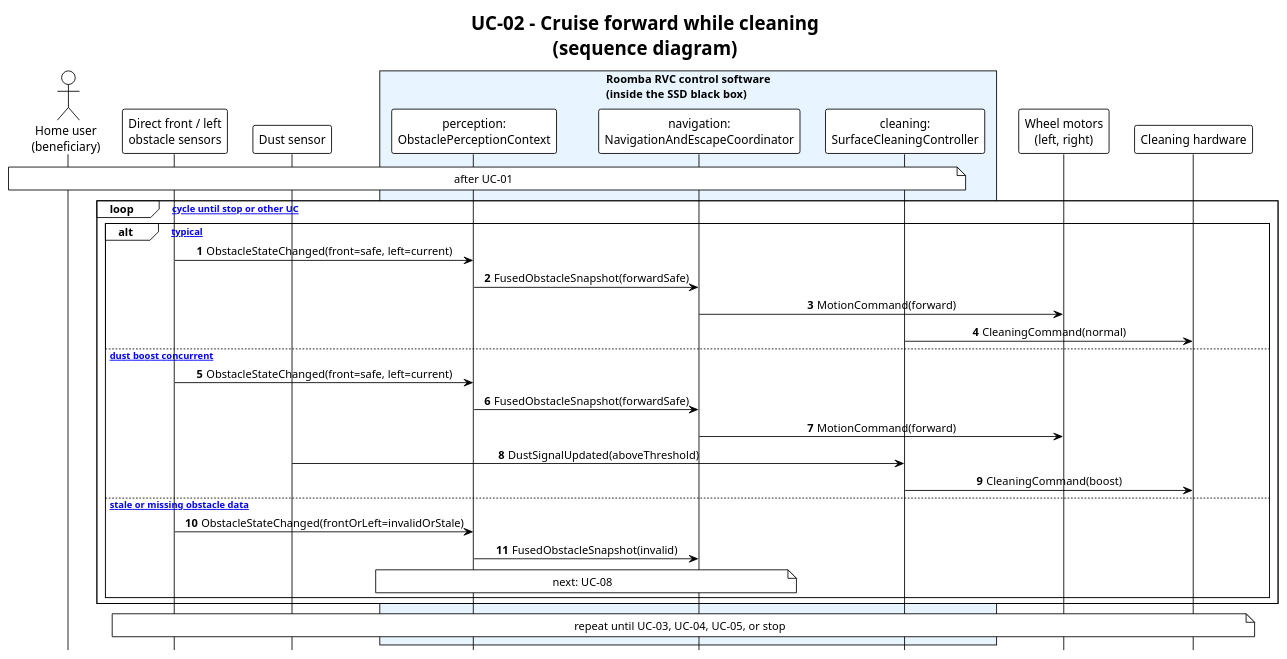
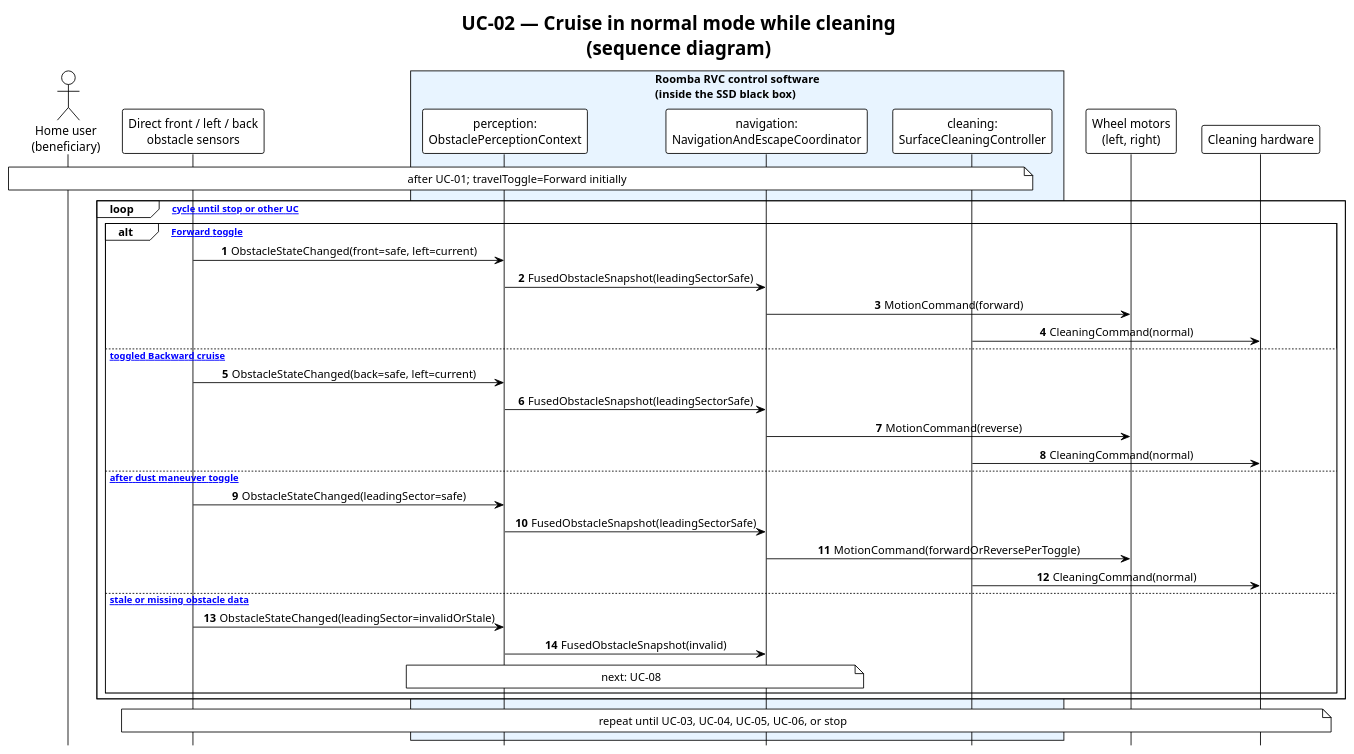
Before and after one commit to Deilise/OOAD-with-AI: the diagram in 2nd ooad/03_diagrams/sd/UC02_sequence.puml, drawn with PlantUML. The commit also changed 101 other files, not shown here.

First line of the commit message:
Align RVC stack to SRS/use-case v0.7.2 (travelToggle, back sensor, dust maneuver).

```diff
--- a/2nd ooad/03_diagrams/sd/UC02_sequence.puml
+++ b/2nd ooad/03_diagrams/sd/UC02_sequence.puml
@@ -1,45 +1,48 @@
 @startuml UC02_sequence
 !theme plain
 hide footbox
 skinparam sequenceMessageAlign center
 skinparam responseMessageBelowArrow true
 skinparam BoxPadding 10
 autonumber
 
-title UC-02 - Cruise forward while cleaning\n(sequence diagram)
+title UC-02 — Cruise in normal mode while cleaning\n(sequence diagram)
 
 actor "Home user\n(beneficiary)" as User
-participant "Direct front / left\nobstacle sensors" as Obs
-participant "Dust sensor" as Dust
+participant "Direct front / left / back\nobstacle sensors" as Obs
 box "Roomba RVC control software\n(inside the SSD black box)" #E8F4FF
   participant "perception:\nObstaclePerceptionContext" as Perception
   participant "navigation:\nNavigationAndEscapeCoordinator" as Nav
   participant "cleaning:\nSurfaceCleaningController" as Clean
 end box
 participant "Wheel motors\n(left, right)" as Motors
 participant "Cleaning hardware" as CleanHW
 
-note over User, Clean : after UC-01
+note over User, Clean : after UC-01; travelToggle=Forward initially
 
 loop [cruise cycle until stop or other UC]
-  alt [typical]
+  alt [typical Forward toggle]
     Obs -> Perception : ObstacleStateChanged(front=safe, left=current)
-    Perception -> Nav : FusedObstacleSnapshot(forwardSafe)
+    Perception -> Nav : FusedObstacleSnapshot(leadingSectorSafe)
     Nav -> Motors : MotionCommand(forward)
     Clean -> CleanHW : CleaningCommand(normal)
-  else [A1 dust boost concurrent]
-    Obs -> Perception : ObstacleStateChanged(front=safe, left=current)
-    Perception -> Nav : FusedObstacleSnapshot(forwardSafe)
-    Nav -> Motors : MotionCommand(forward)
-    Dust -> Clean : DustSignalUpdated(aboveThreshold)
-    Clean -> CleanHW : CleaningCommand(boost)
+  else [A1 toggled Backward cruise]
+    Obs -> Perception : ObstacleStateChanged(back=safe, left=current)
+    Perception -> Nav : FusedObstacleSnapshot(leadingSectorSafe)
+    Nav -> Motors : MotionCommand(reverse)
+    Clean -> CleanHW : CleaningCommand(normal)
+  else [A2 after dust maneuver toggle]
+    Obs -> Perception : ObstacleStateChanged(leadingSector=safe)
+    Perception -> Nav : FusedObstacleSnapshot(leadingSectorSafe)
+    Nav -> Motors : MotionCommand(forwardOrReversePerToggle)
+    Clean -> CleanHW : CleaningCommand(normal)
   else [E1 stale or missing obstacle data]
-    Obs -> Perception : ObstacleStateChanged(frontOrLeft=invalidOrStale)
+    Obs -> Perception : ObstacleStateChanged(leadingSector=invalidOrStale)
     Perception -> Nav : FusedObstacleSnapshot(invalid)
     note over Perception, Nav : next: UC-08
   end
 end
 
-note over Obs, CleanHW : repeat until UC-03, UC-04, UC-05, or stop
+note over Obs, CleanHW : repeat until UC-03, UC-04, UC-05, UC-06, or stop
 
 @enduml
```
